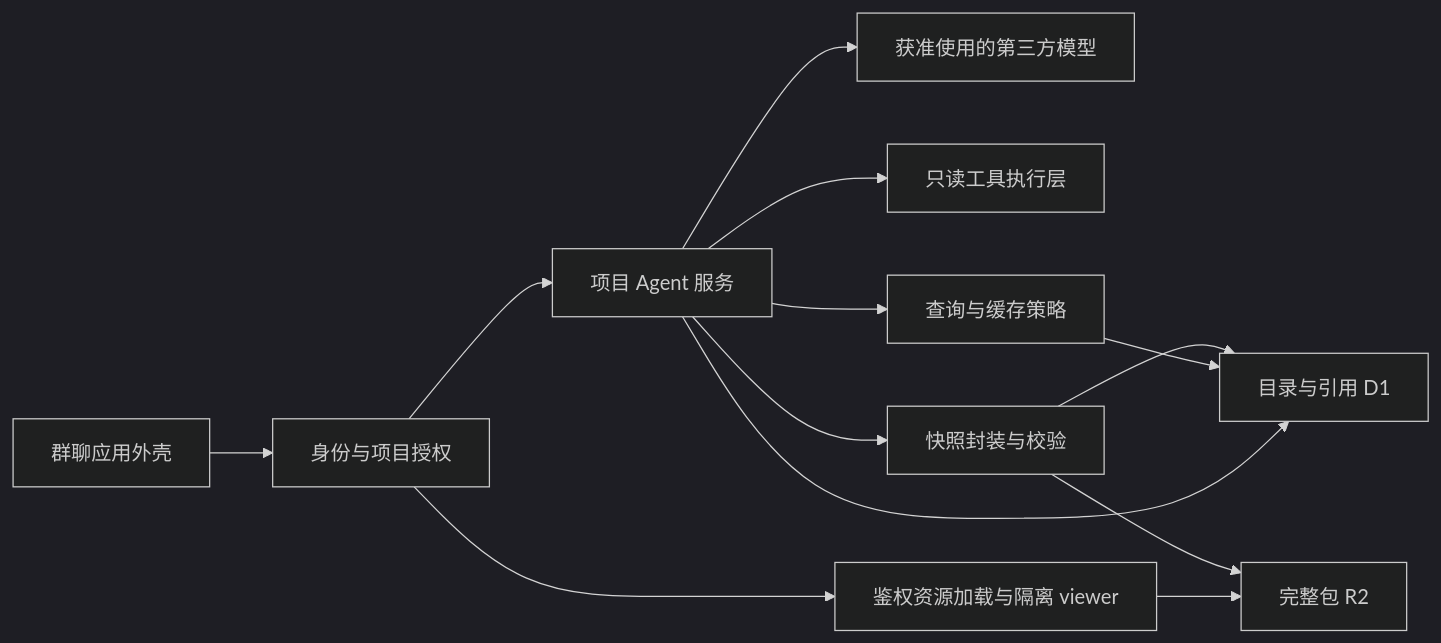
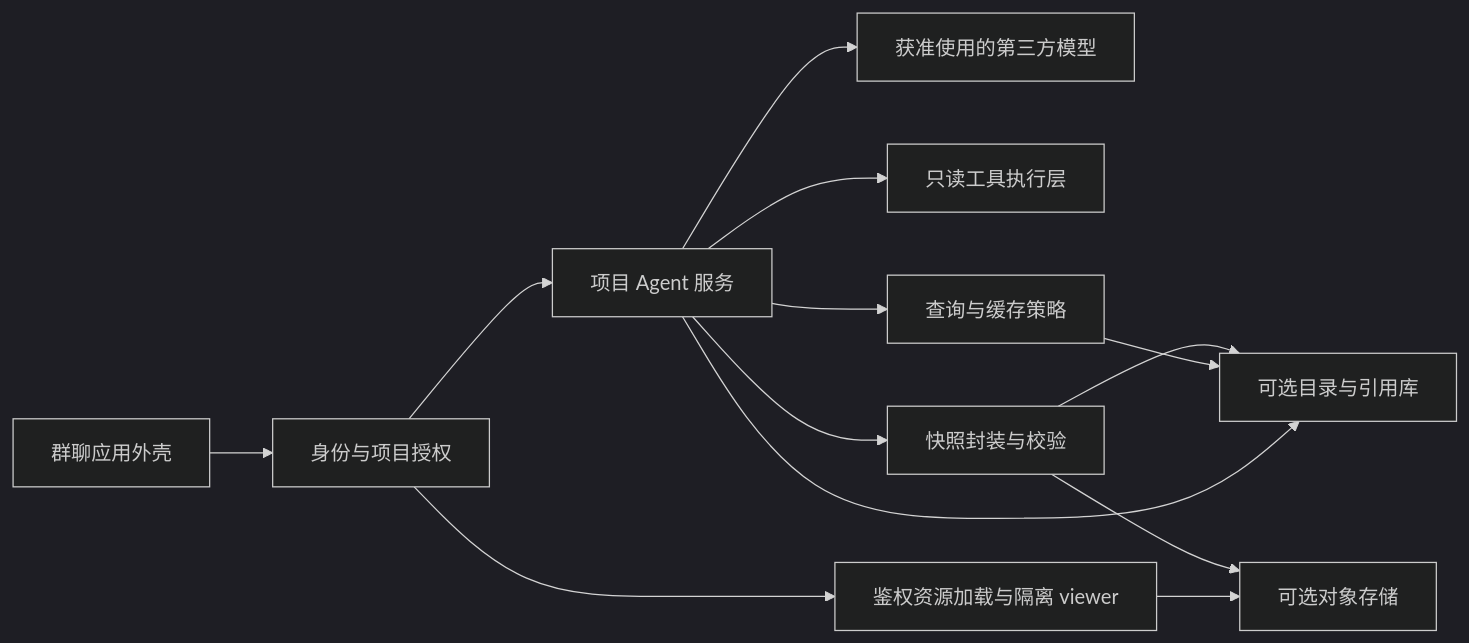
One commit to khonsou/SnapshotCache changed the diagram in docs/DEVELOPMENT_PLAN_2026-09-11.md. Above: the diagram before and after it, drawn with Mermaid (dark theme). The commit also changed other lines of this file and 49 other files, not shown here.

Commit message:
Add production-first Timeline snapshot path

````diff
--- a/docs/DEVELOPMENT_PLAN_2026-09-11.md
+++ b/docs/DEVELOPMENT_PLAN_2026-09-11.md
@@ -64,15 +64,15 @@
 ```mermaid
 flowchart LR
   U[群聊应用外壳] --> G[身份与项目授权]
   G --> A[项目 Agent 服务]
   A --> M[获准使用的第三方模型]
   A --> T[只读工具执行层]
   A --> C[查询与缓存策略]
   A --> S[快照封装与校验]
-  S --> R[完整包 R2]
-  S --> D[目录与引用 D1]
+  S --> R[可选对象存储]
+  S --> D[可选目录与引用库]
   C --> D
   G --> V[鉴权资源加载与隔离 viewer]
   V --> R
   A --> D
 ```
````
